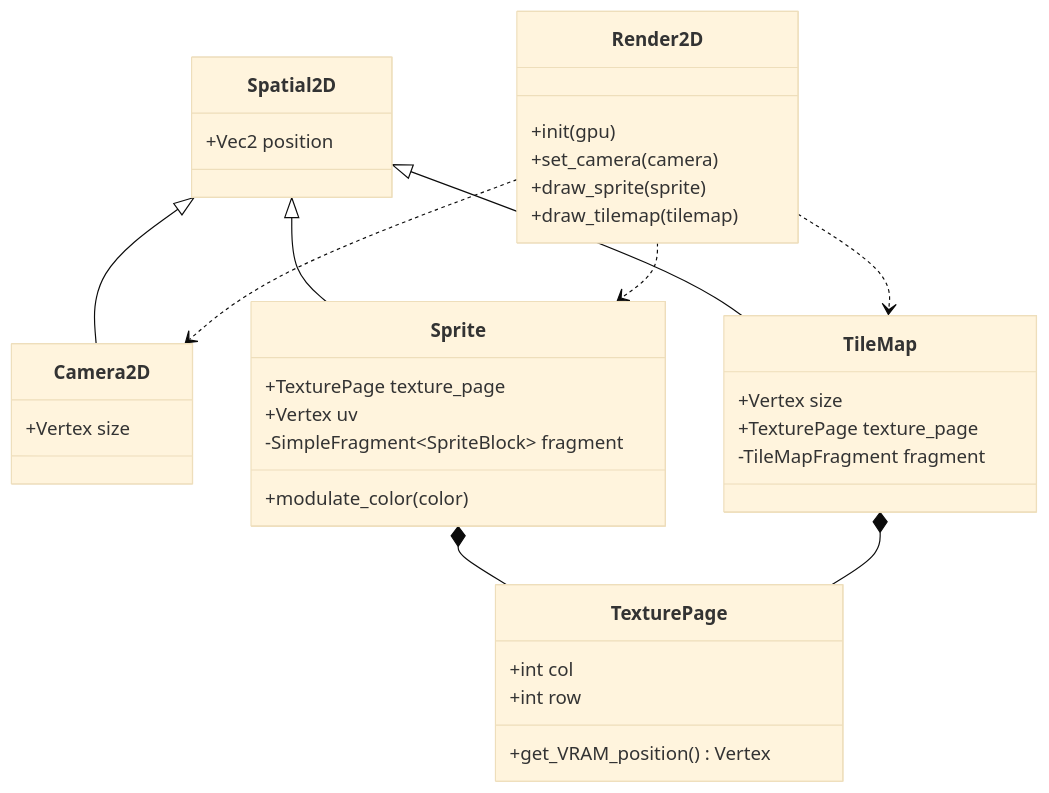
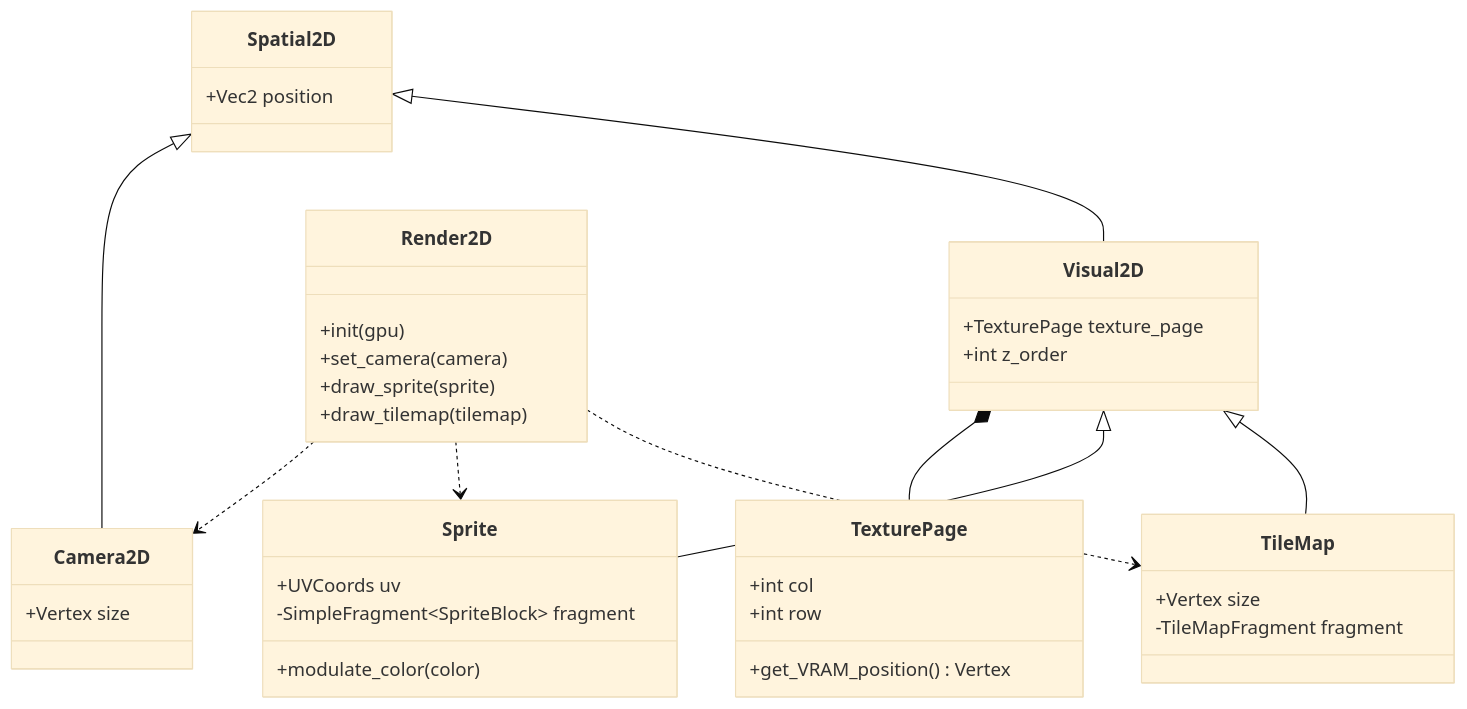
The diagram in graphics/Readme.md (mina-skunk/HauntedGraveyardPSX), drawn with Mermaid (base theme) before and after one commit. The commit also changed 13 other files, not shown here.

````diff
--- a/graphics/Readme.md
+++ b/graphics/Readme.md
@@ -3,39 +3,41 @@
 ```mermaid
 classDiagram
   class Spatial2D {
     +Vec2 position
   }
   Spatial2D <|-- Camera2D
-  Spatial2D <|-- Sprite
-  Spatial2D <|-- TileMap
+  Spatial2D <|-- Visual2D
   class Camera2D {
     +Vertex size
   }
+  class Visual2D {
+    +TexturePage texture_page
+    +int z_order
+  }
+  Visual2D *-- TexturePage
+  Visual2D <|-- Sprite
+  Visual2D <|-- TileMap
   class Sprite {
-    +TexturePage texture_page
-    +Vertex uv
+    +UVCoords uv
     -SimpleFragment~SpriteBlock~ fragment
     +modulate_color(color)
   }
-  Sprite *-- TexturePage
   class TileMap {
     +Vertex size
-    +TexturePage texture_page
     -TileMapFragment fragment
   }
-  TileMap *-- TexturePage
   class TexturePage {
     +int col
     +int row
     +get_VRAM_position() Vertex
   }
   class Render2D {
     +init(gpu)
     +set_camera(camera)
     +draw_sprite(sprite)
     +draw_tilemap(tilemap)
   }
   Render2D ..> Camera2D
   Render2D ..> Sprite
   Render2D ..> TileMap
 ```
````
